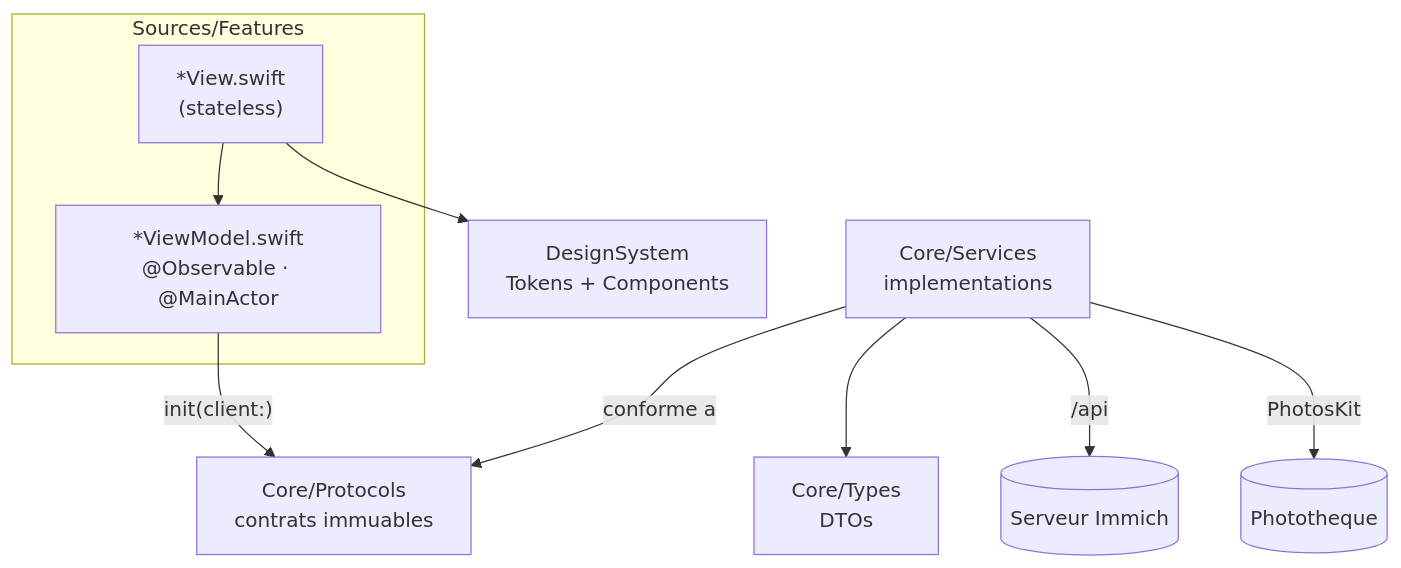
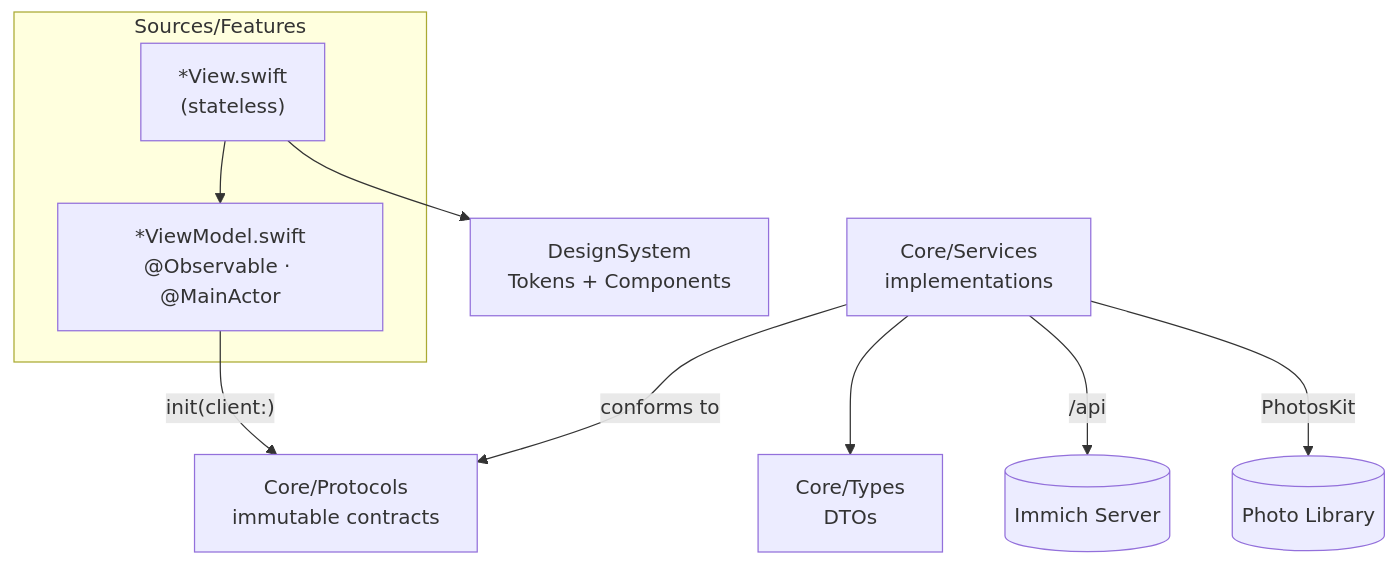
The diagram in README.md (ketanchoyal/swimmich), drawn with Mermaid before and after one commit. The commit also changed other lines of this file and 1 other file, not shown here.

````diff
--- a/README.md
+++ b/README.md
@@ -68,20 +68,20 @@
 ```mermaid
 flowchart TD
     subgraph FEAT["Sources/Features"]
         V["*View.swift<br/>(stateless)"]
         VM["*ViewModel.swift<br/>@Observable · @MainActor"]
     end
-    P["Core/Protocols<br/>contrats immuables"]
+    P["Core/Protocols<br/>immutable contracts"]
     S["Core/Services<br/>implementations"]
     DTO["Core/Types<br/>DTOs"]
     DS["DesignSystem<br/>Tokens + Components"]
 
     V --> VM
     VM -->|"init(client:)"| P
-    S -->|conforme a| P
+    S -->|conforms to| P
     S --> DTO
     V --> DS
 
-    S -->|"/api"| SRV[("Serveur Immich")]
-    S -->|PhotosKit| PH[("Phototheque")]
+    S -->|"/api"| SRV[("Immich Server")]
+    S -->|PhotosKit| PH[("Photo Library")]
 ```
````
